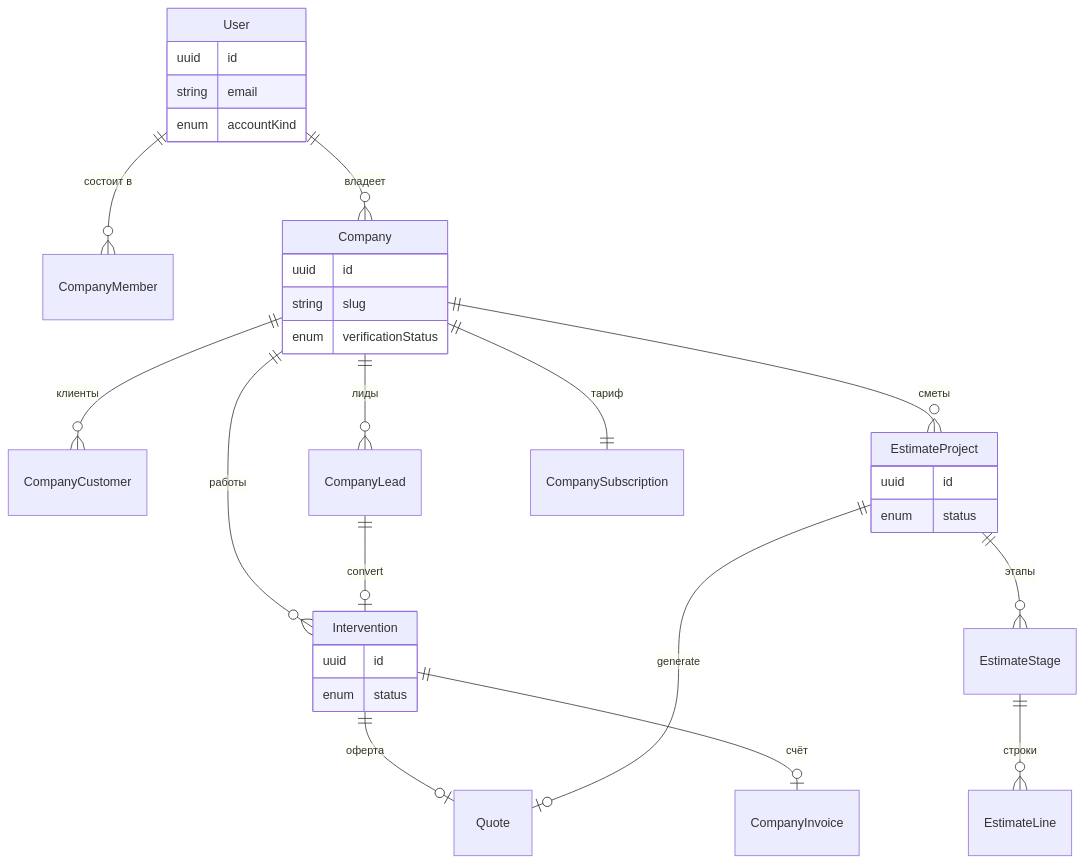
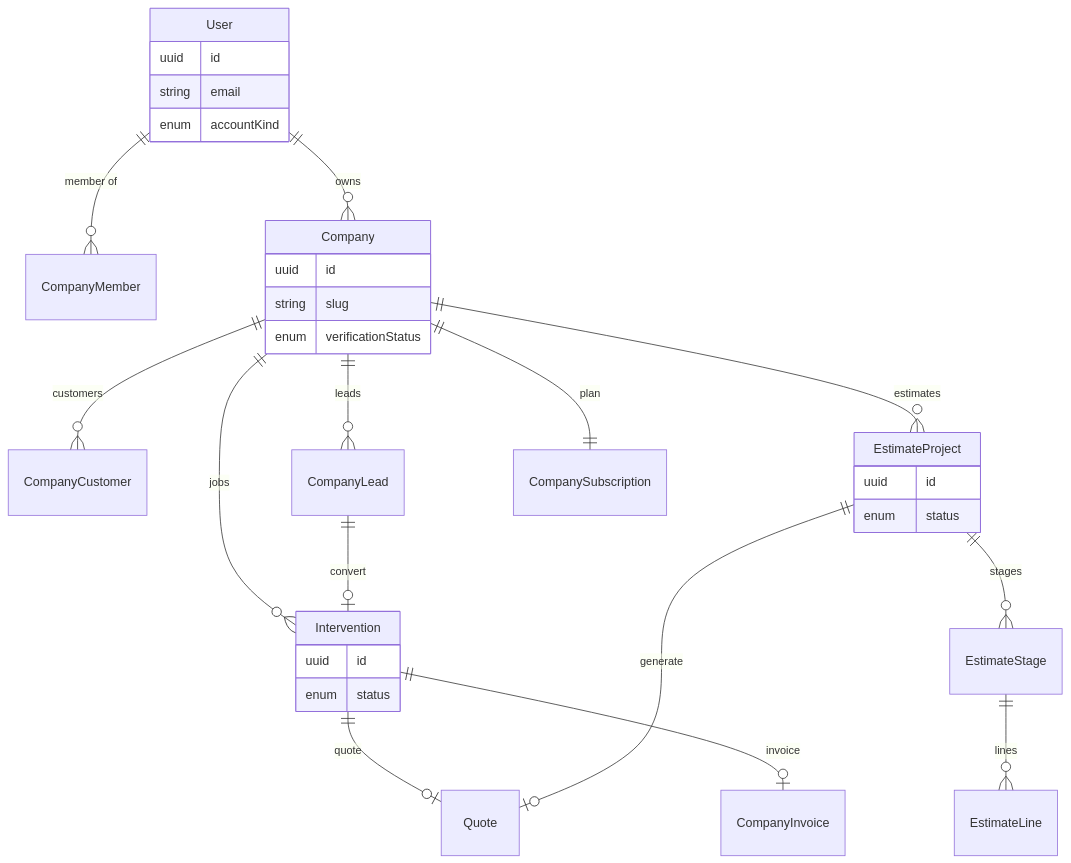
Before and after one commit to 1GoodCod1/companii-api: the eighth of 10 diagrams in README.md, drawn with Mermaid. The commit also changed other lines of this file and 1 other file, not shown here.

````diff
--- a/README.md
+++ b/README.md
@@ -309,36 +311,36 @@
 ```mermaid
 erDiagram
-    User ||--o{ CompanyMember : "состоит в"
-    User ||--o{ Company : "владеет"
-    Company ||--o{ CompanyCustomer : "клиенты"
-    Company ||--o{ CompanyLead : "лиды"
-    Company ||--o{ Intervention : "работы"
-    Company ||--o{ EstimateProject : "сметы"
-    Company ||--|| CompanySubscription : "тариф"
+    User ||--o{ CompanyMember : "member of"
+    User ||--o{ Company : "owns"
+    Company ||--o{ CompanyCustomer : "customers"
+    Company ||--o{ CompanyLead : "leads"
+    Company ||--o{ Intervention : "jobs"
+    Company ||--o{ EstimateProject : "estimates"
+    Company ||--|| CompanySubscription : "plan"
 
     CompanyLead ||--o| Intervention : "convert"
-    Intervention ||--o| Quote : "оферта"
-    Intervention ||--o| CompanyInvoice : "счёт"
-    EstimateProject ||--o{ EstimateStage : "этапы"
-    EstimateStage ||--o{ EstimateLine : "строки"
+    Intervention ||--o| Quote : "quote"
+    Intervention ||--o| CompanyInvoice : "invoice"
+    EstimateProject ||--o{ EstimateStage : "stages"
+    EstimateStage ||--o{ EstimateLine : "lines"
     EstimateProject ||--o| Quote : "generate"
 
     User {
         uuid id
         string email
         enum accountKind
     }
     Company {
         uuid id
         string slug
         enum verificationStatus
     }
     Intervention {
         uuid id
         enum status
     }
     EstimateProject {
         uuid id
         enum status
     }
 ```
````
